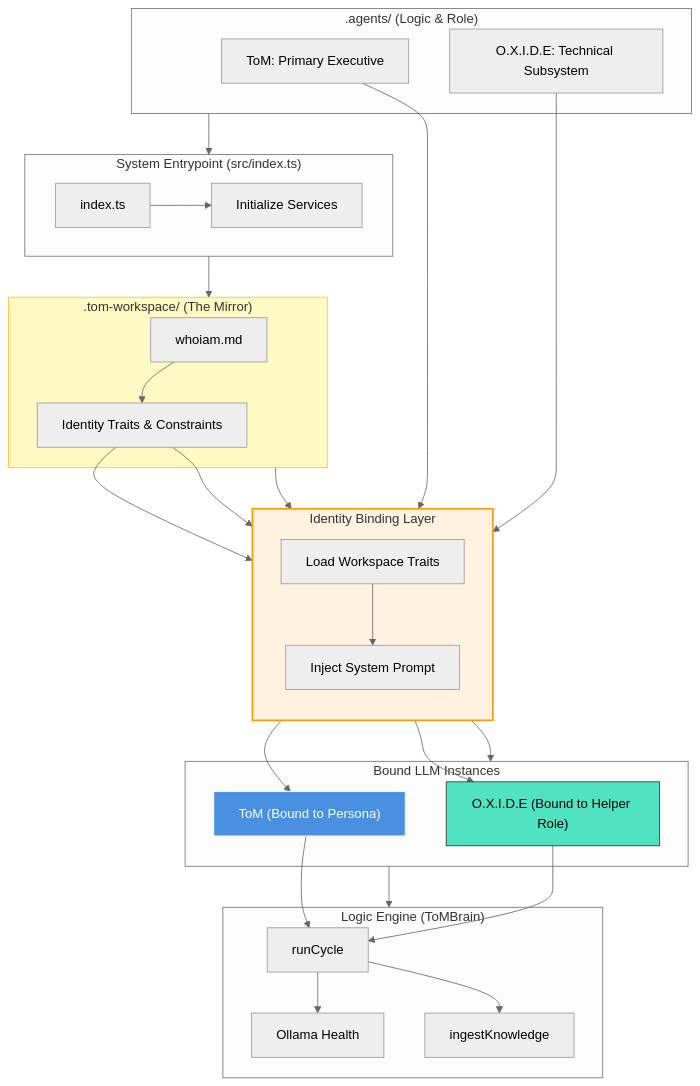
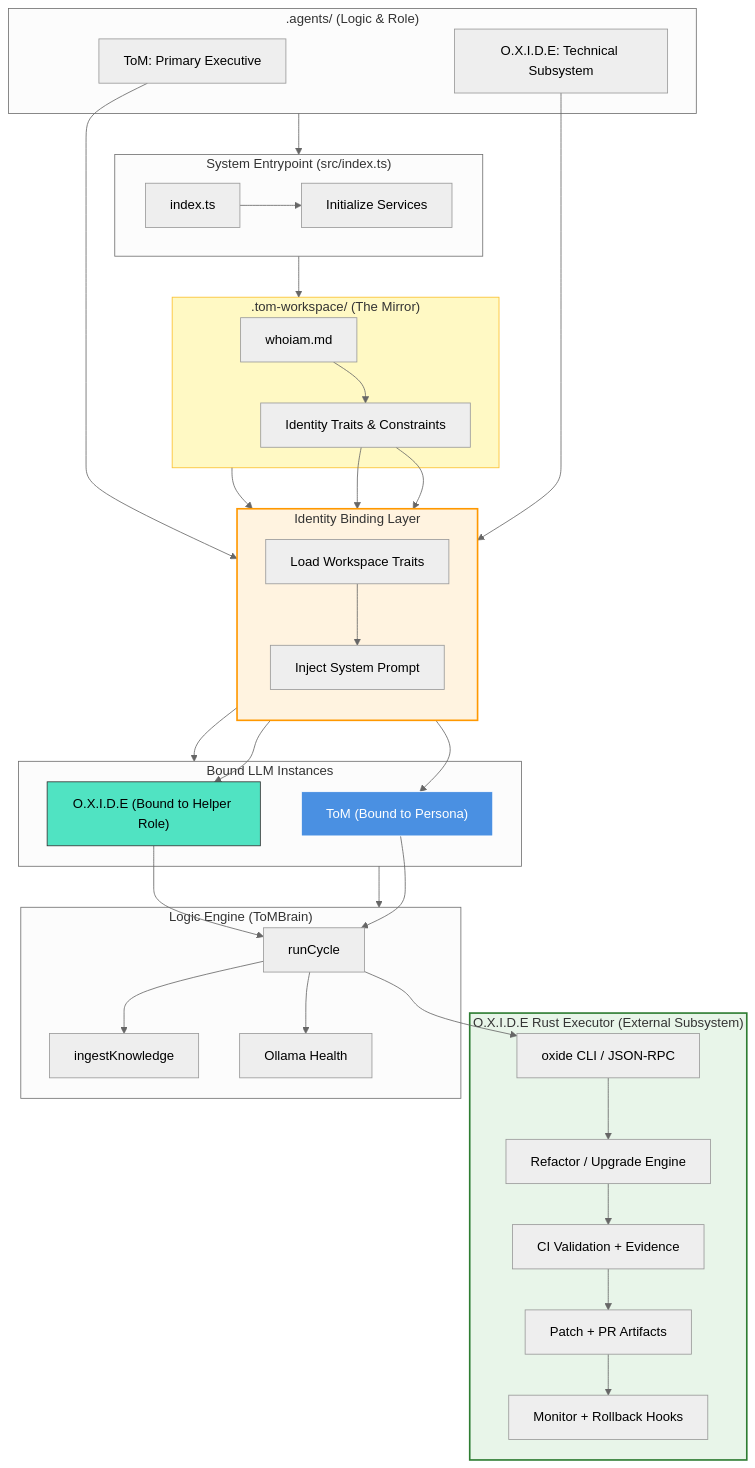
Before and after one commit to RobbyMo81/ToM: the first of 4 diagrams in .tom-workspace/whoiam.md, drawn with Mermaid (neutral theme). The commit also changed other lines of this file and 1 other file, not shown here.

First line of the commit message:
docs(realignment): promote Phase1 ToM-Oxide architecture update

````diff
--- a/.tom-workspace/whoiam.md
+++ b/.tom-workspace/whoiam.md
@@ -37,50 +37,61 @@
 ```mermaid
 flowchart TD
    subgraph Definitions [".agents/ (Logic & Role)"]
       ToM_Role[ToM: Primary Executive]
       OXIDE_Role[O.X.I.D.E: Technical Subsystem]
    end
 
    subgraph Entry ["System Entrypoint (src/index.ts)"]
       A[index.ts] --> B[Initialize Services]
    end
 
    subgraph Workspace [".tom-workspace/ (The Mirror)"]
       W1[whoiam.md]
       W2[Identity Traits & Constraints]
       W1 --> W2
    end
 
    subgraph Binding ["Identity Binding Layer"]
       direction TB
       B1[Load Workspace Traits]
       B2[Inject System Prompt]
 
       ToM_Role & W2 --> B1
       OXIDE_Role & W2 --> B1
       B1 --> B2
    end
 
    subgraph Execution ["Bound LLM Instances"]
       B2 --> ToM_Instance["ToM (Bound to Persona)"]
       B2 --> OXIDE_Instance["O.X.I.D.E (Bound to Helper Role)"]
    end
 
+  subgraph OxideEngine ["O.X.I.D.E Rust Executor (External Subsystem)"]
+    OE1[oxide CLI / JSON-RPC]
+    OE2[Refactor / Upgrade Engine]
+    OE3[CI Validation + Evidence]
+    OE4[Patch + PR Artifacts]
+    OE5[Monitor + Rollback Hooks]
+    OE1 --> OE2 --> OE3 --> OE4 --> OE5
+  end
+
    subgraph Core ["Logic Engine (ToMBrain)"]
       ToM_Instance --> F[runCycle]
       OXIDE_Instance --> F
+    F --> OE1
       F --> G[Ollama Health]
       F --> H[ingestKnowledge]
    end
 
    Definitions --> Entry
    Entry --> Workspace
    Workspace --> Binding
    Binding --> Execution
    Execution --> Core
 
    style Binding fill:#fff3e0,stroke:#ff9800,stroke-width:2px
    style ToM_Instance fill:#4A90E2,stroke:#fff,color:#fff
    style OXIDE_Instance fill:#50E3C2,stroke:#333
+  style OxideEngine fill:#e8f5e9,stroke:#2e7d32,stroke-width:2px
    style Workspace fill:#fff9c4,stroke:#fbc02d
 ```
````
